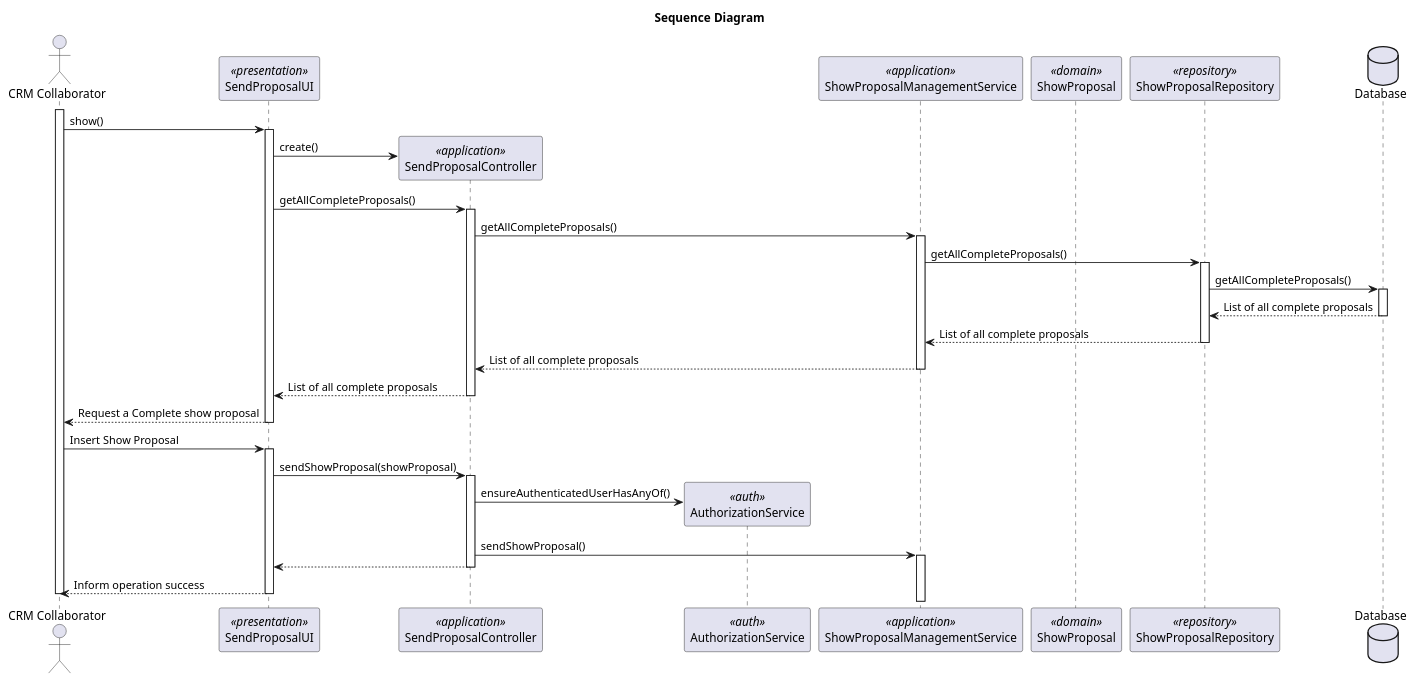
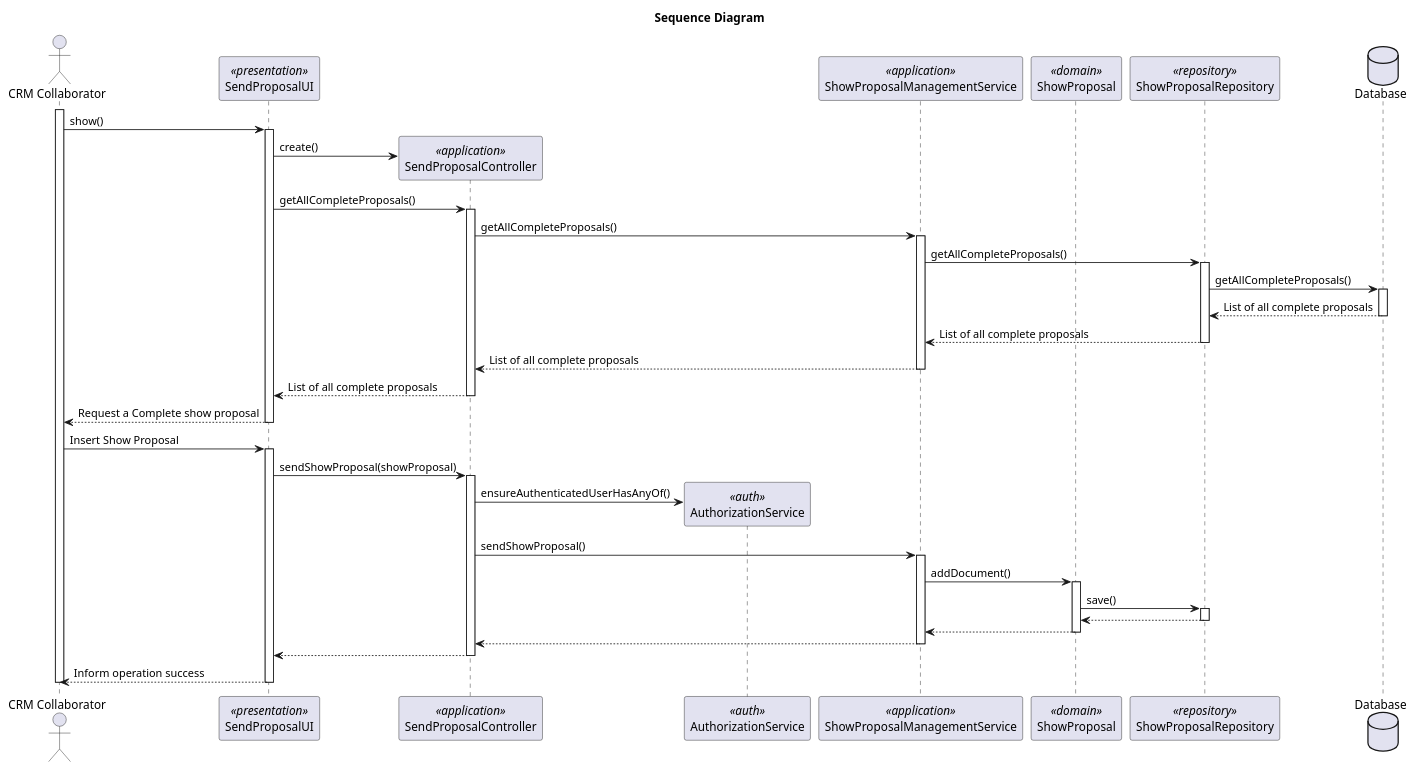
One commit to rubenFreitas1/ISEP-LAPR4-2024-2025 changed the diagram in docs/Sprint3/us_316/diagrams/sequence-diagram-US316.puml. Above: the diagram before and after it, drawn with PlantUML. The commit also changed 4 other files, not shown here.

```diff
--- a/docs/Sprint3/us_316/diagrams/sequence-diagram-US316.puml
+++ b/docs/Sprint3/us_316/diagrams/sequence-diagram-US316.puml
@@ -1,62 +1,72 @@
 @startuml
 title Sequence Diagram
 
 actor "CRM Collaborator" as Actor
 participant "SendProposalUI" as UI <<presentation>>
 participant "SendProposalController" as Controller <<application>>
 participant "AuthorizationService" as AuthorizationService <<auth>>
 participant "ShowProposalManagementService" as ShowProposalManagementService <<application>>
 participant "ShowProposal" as ShowProposal <<domain>>
 participant "ShowProposalRepository" as ShowProposalRepository <<repository>>
 database "Database" as Database
 
 activate Actor
 
 Actor -> UI: show()
     activate UI
 
 UI -> Controller** : create()
 
 UI -> Controller : getAllCompleteProposals()
 activate Controller
 Controller -> ShowProposalManagementService: getAllCompleteProposals()
 activate ShowProposalManagementService
 ShowProposalManagementService ->ShowProposalRepository : getAllCompleteProposals()
 activate ShowProposalRepository
 ShowProposalRepository ->Database:getAllCompleteProposals()
 activate Database
 Database --> ShowProposalRepository: List of all complete proposals
 deactivate Database
 ShowProposalRepository --> ShowProposalManagementService: List of all complete proposals
 deactivate ShowProposalRepository
 ShowProposalManagementService --> Controller: List of all complete proposals
 deactivate ShowProposalManagementService
 Controller -->UI: List of all complete proposals
 deactivate Controller
 UI --> Actor: Request a Complete show proposal
 deactivate UI
 
 Actor -> UI: Insert Show Proposal
 
 
     activate UI
 
         UI -> Controller : sendShowProposal(showProposal)
             activate Controller
 
                 Controller -> AuthorizationService** : ensureAuthenticatedUserHasAnyOf()
 
                 deactivate AuthorizationService
 
                 Controller -> ShowProposalManagementService : sendShowProposal()
                 activate ShowProposalManagementService
 
+                ShowProposalManagementService -> ShowProposal: addDocument()
 
+                activate ShowProposal
+                ShowProposal -> ShowProposalRepository: save()
+                activate ShowProposalRepository
+                ShowProposalRepository --> ShowProposal
+                deactivate ShowProposalRepository
+                ShowProposal --> ShowProposalManagementService
+                deactivate ShowProposal
+                ShowProposalManagementService --> Controller
+                deactivate ShowProposalManagementService
 
                 Controller --> UI
             deactivate Controller
         UI --> Actor : Inform operation success
         deactivate UI
 deactivate Actor
 
 @enduml
```
